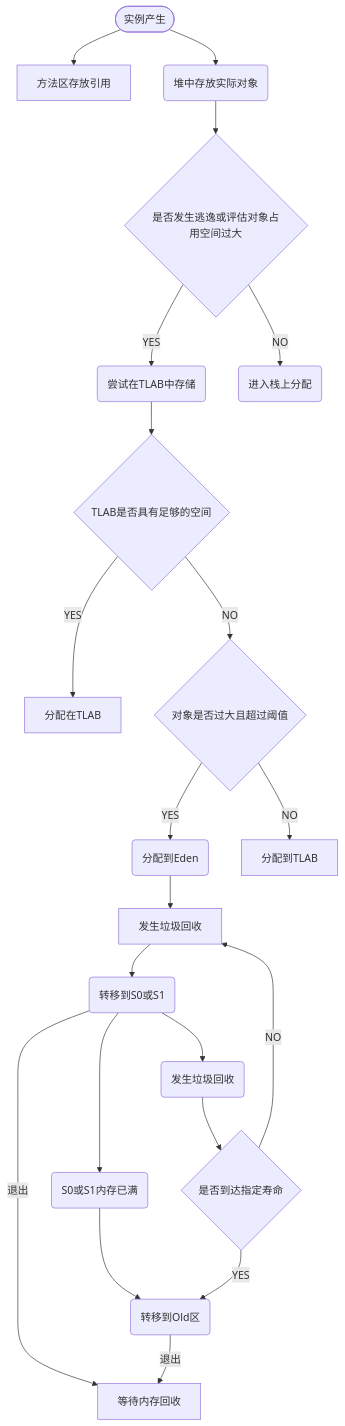
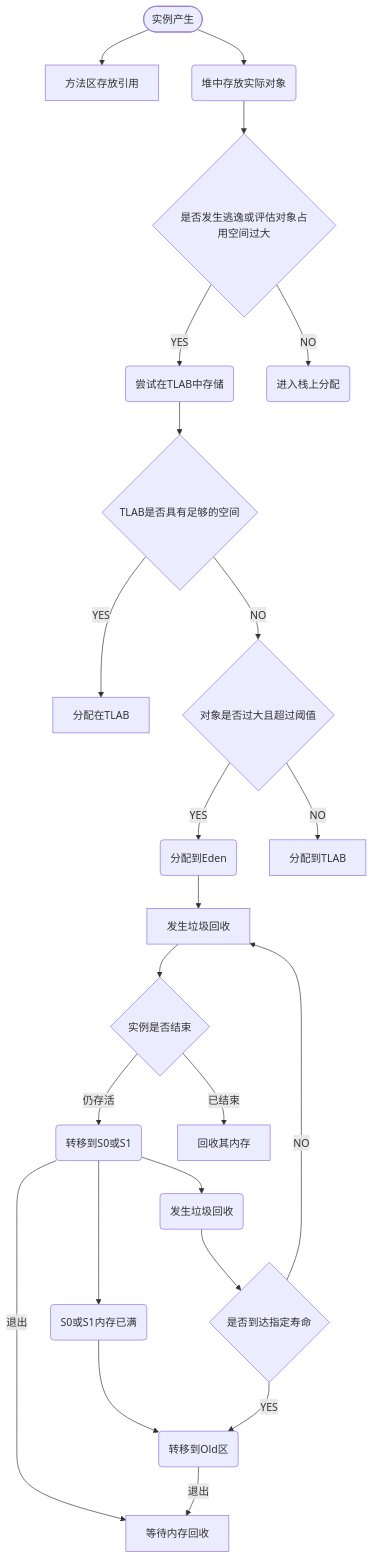
One commit to mudongjing/JVM-basic-knowledge changed the first of 7 diagrams in JVM--Java虚拟机简单介绍.md. Above: the diagram before and after it, drawn with Mermaid.

Commit message:
更新实例存储图

````diff
--- a/JVM--Java虚拟机简单介绍.md
+++ b/JVM--Java虚拟机简单介绍.md
@@ -179,23 +179,25 @@
 ```mermaid
 graph TD
 id1([实例产生])-->方法区存放引用
 id1 -->id2(堆中存放实际对象)
 id2--> id3{是否发生逃逸或评估对象占用空间过大}
 id3-->|YES|id4(尝试在TLAB中存储)
 id3-->|NO|id5(进入栈上分配)
 id4-->id6{TLAB是否具有足够的空间}
 id6-->|YES|分配在TLAB
 id6-->|NO|id7{对象是否过大且超过阈值}
 id7-->|YES|id8(分配到Eden)
 id7-->|NO|分配到TLAB
 id8-->id9[发生垃圾回收]
-id9-->id10(转移到S0或S1)
+id9-->tuichu{实例是否结束}
+tuichu-->|仍存活|id10(转移到S0或S1)
+tuichu-->|已结束|回收其内存
 id10-->idman(S0或S1内存已满)
 idman-->id12
 id10-->id90(发生垃圾回收)
 id90-->id11{是否到达指定寿命}
 id11-->|YES|id12(转移到Old区)
 id11-->|NO|id9
 id10-->|退出|等待内存回收
 id12-->|退出|等待内存回收
 ```
````
